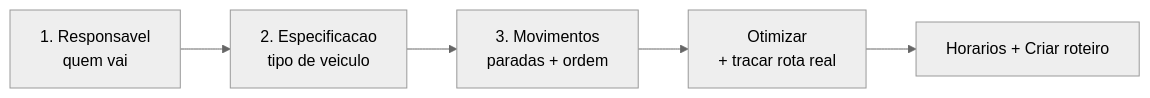
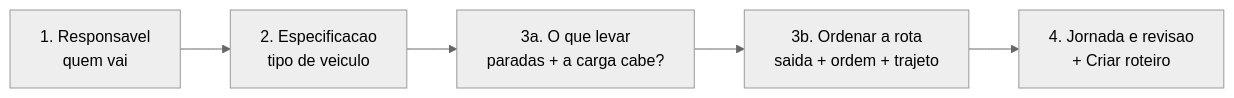
One commit to LocFlowTeam/locflow-docs changed the first of 2 diagrams in logistica/planejando-o-roteiro.md. Above: the diagram before and after it, drawn with Mermaid (neutral theme). The commit also changed other lines of this file, not shown here.

First line of the commit message:
docs(roteiro): passo Movimentos em 2 momentos + saída/melhor saída + info enriquecida inline

````diff
--- a/logistica/planejando-o-roteiro.md
+++ b/logistica/planejando-o-roteiro.md
@@ -20,7 +27,7 @@
 ```mermaid
 flowchart LR
     P1[1. Responsavel<br/>quem vai] --> P2[2. Especificacao<br/>tipo de veiculo]
-    P2 --> P3[3. Movimentos<br/>paradas + ordem]
-    P3 --> OT[Otimizar<br/>+ tracar rota real]
-    OT --> CRIA[Horarios + Criar roteiro]
+    P2 --> P3a[3a. O que levar<br/>paradas + a carga cabe?]
+    P3a --> P3b[3b. Ordenar a rota<br/>saida + ordem + trajeto]
+    P3b --> P4[4. Jornada e revisao<br/>+ Criar roteiro]
 ```
````
